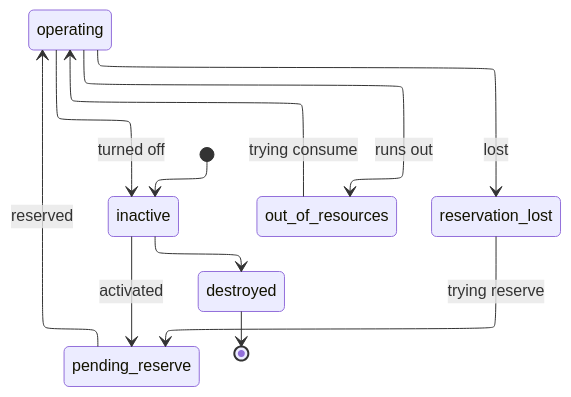
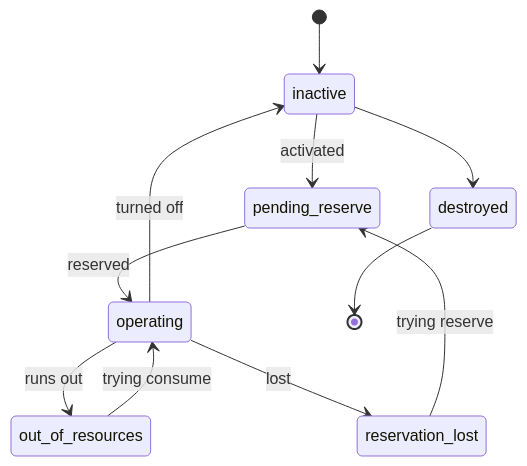
The diagram in README.md (LeeviLautanen/DeadAir), drawn with Mermaid before and after one commit.

Commit message:
Testing github mermaid

````diff
--- a/README.md
+++ b/README.md
@@ -3,18 +3,14 @@
 ```mermaid
----
-config:
-  layout: elk
----
 stateDiagram
   direction TB
   [*] --> inactive
   inactive --> pending_reserve:activated
   pending_reserve --> operating:reserved
   operating --> out_of_resources:runs out
   operating --> reservation_lost:lost
   operating --> inactive:turned off
   reservation_lost --> pending_reserve:trying reserve
   out_of_resources --> operating:trying consume
   inactive --> destroyed
   destroyed --> [*]
 ```
````
